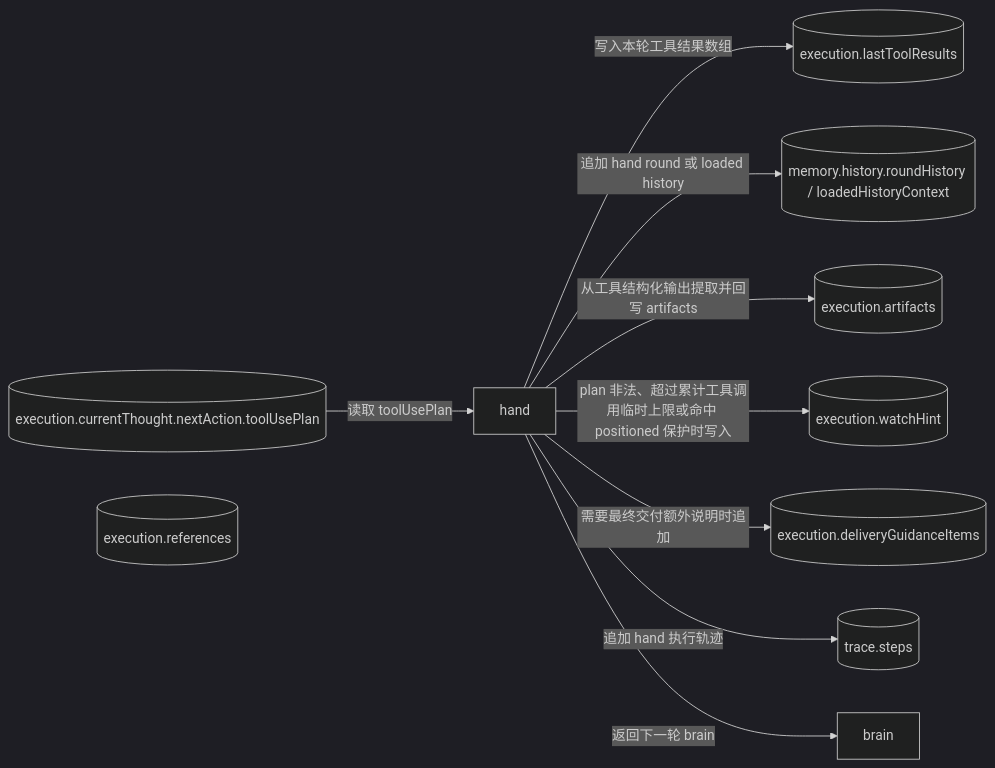
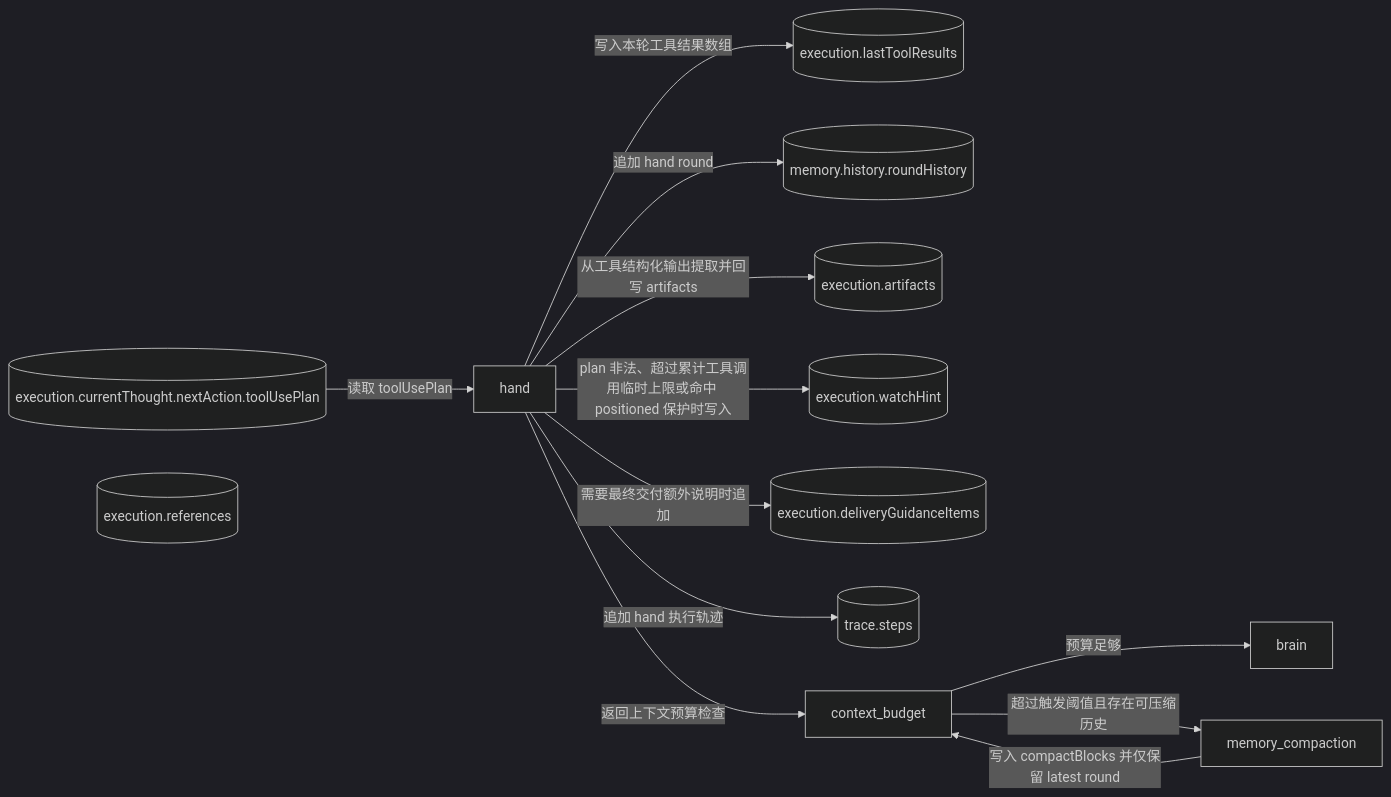
The fourth of 5 diagrams in doc/ai-design/data-definition-and-flow.md (Yoan98/Ncurator), drawn with Mermaid (dark theme) before and after one commit. The commit also changed other lines of this file and 55 other files, not shown here.

First line of the commit message:
feat: add context usage tracking and compaction events

````diff
--- a/doc/ai-design/data-definition-and-flow.md
+++ b/doc/ai-design/data-definition-and-flow.md
@@ -1115,22 +1164,27 @@
 ```mermaid
 flowchart LR
     CD[("execution.currentThought.nextAction.toolUsePlan")]
     H["hand"]
     LTR[("execution.lastToolResults")]
-    PM[("memory.history.roundHistory / loadedHistoryContext")]
+    PM[("memory.history.roundHistory")]
     A[("execution.artifacts")]
     RF[("execution.references")]
     WH[("execution.watchHint")]
     DG[("execution.deliveryGuidanceItems")]
     TR[("trace.steps")]
+    CB["context_budget"]
+    MC["memory_compaction"]
     B["brain"]
 
     CD -->|读取 toolUsePlan| H
     H -->|写入本轮工具结果数组| LTR
-    H -->|追加 hand round 或 loaded history| PM
+    H -->|追加 hand round| PM
     H -->|从工具结构化输出提取并回写 artifacts| A
     H -->|plan 非法、超过累计工具调用临时上限或命中 positioned 保护时写入| WH
     H -->|需要最终交付额外说明时追加| DG
     H -->|追加 hand 执行轨迹| TR
-    H -->|返回下一轮 brain| B
+    H -->|返回上下文预算检查| CB
+    CB -->|预算足够| B
+    CB -->|超过触发阈值且存在可压缩历史| MC
+    MC -->|写入 compactBlocks 并仅保留 latest round| CB
 ```
````
